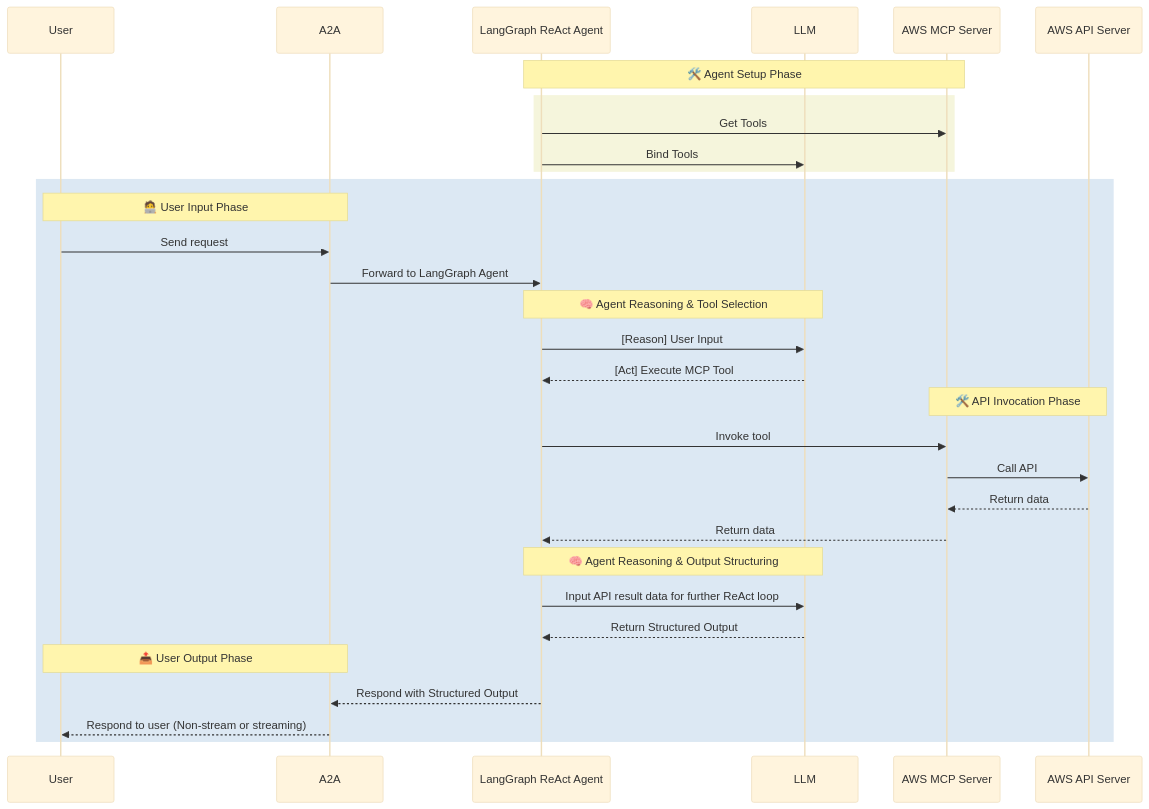
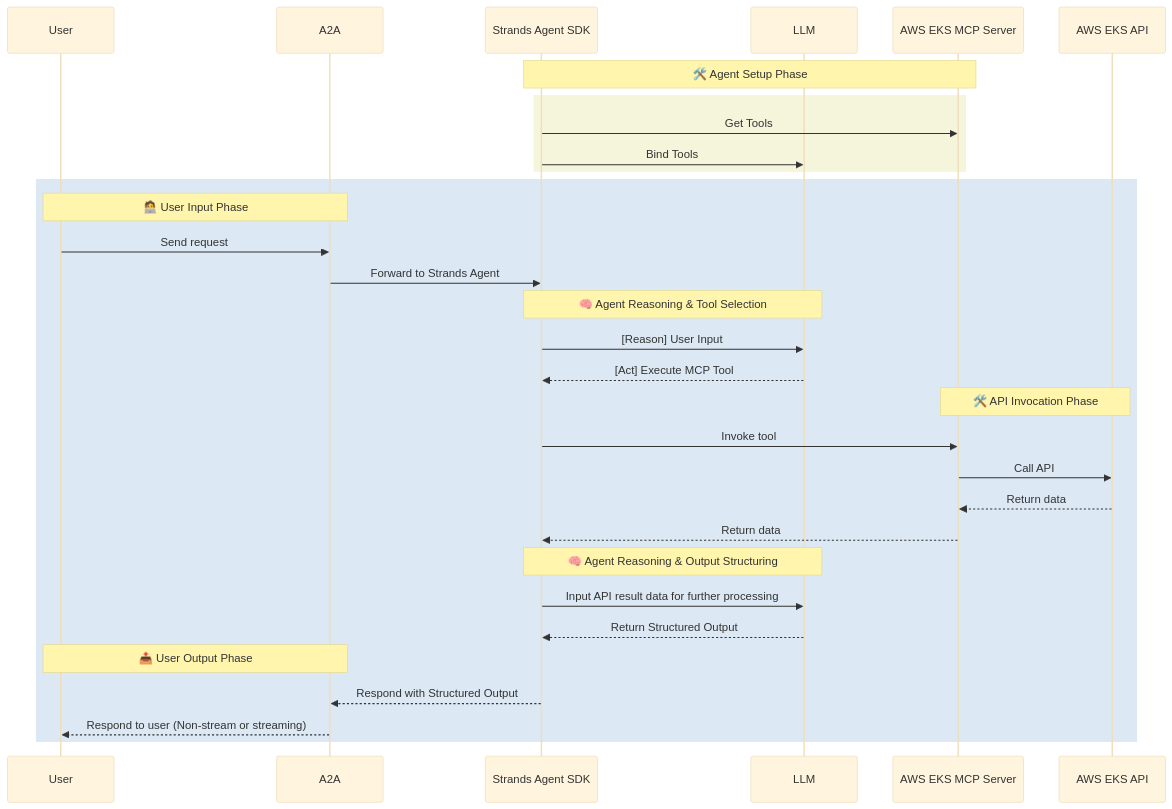
One commit to tensai828/ai-driven-platform-operations changed the second of 2 diagrams in docs/docs/agents/aws.md. Above: the diagram before and after it, drawn with Mermaid (base theme). The commit also changed other lines of this file and 14 other files, not shown here.

First line of the commit message:
docs: update agent documentation and add architecture content

````diff
--- a/docs/docs/agents/aws.md
+++ b/docs/docs/agents/aws.md
@@ -40,39 +39,39 @@
 ```mermaid
 sequenceDiagram
   participant User
   participant A2A
-  participant Agent as LangGraph ReAct Agent
+  participant Agent as Strands Agent SDK
   participant LLM
-  participant MCP as AWS MCP Server
-  participant APIServer as AWS API Server
+  participant MCP as AWS EKS MCP Server
+  participant APIServer as AWS EKS API
 
   note over Agent,MCP: 🛠️ Agent Setup Phase
   rect rgb(245, 245, 220)
     Agent->>MCP: Get Tools
     Agent->>LLM: Bind Tools
   end
 
   rect rgb(220, 232, 243)
     note over User,A2A: 🧑‍💻 User Input Phase
     User->>A2A: Send request
-    A2A->>Agent: Forward to LangGraph Agent
+    A2A->>Agent: Forward to Strands Agent
 
     note over Agent,LLM: 🧠 Agent Reasoning & Tool Selection
     Agent->>LLM: [Reason] User Input
     LLM-->>Agent: [Act] Execute MCP Tool
 
     note over MCP,APIServer: 🛠️ API Invocation Phase
     Agent->>MCP: Invoke tool
     MCP->>APIServer: Call API
     APIServer-->>MCP: Return data
     MCP-->>Agent: Return data
 
     note over Agent,LLM: 🧠 Agent Reasoning & Output Structuring
-    Agent->>LLM: Input API result data for further ReAct loop
+    Agent->>LLM: Input API result data for further processing
     LLM-->>Agent: Return Structured Output
 
     note over User,A2A: 📤 User Output Phase
     Agent-->>A2A: Respond with Structured Output
     A2A-->>User: Respond to user (Non-stream or streaming)
   end
 ```
````
